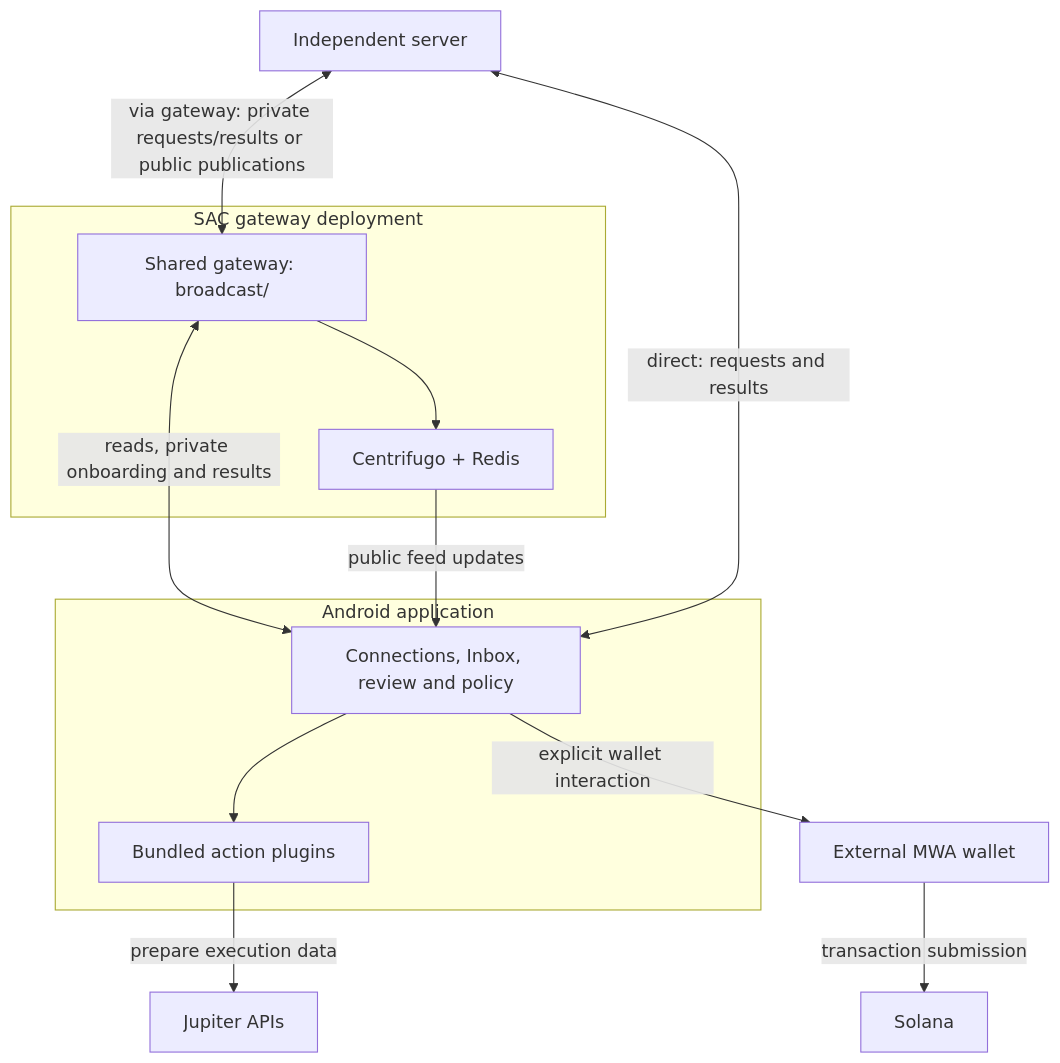
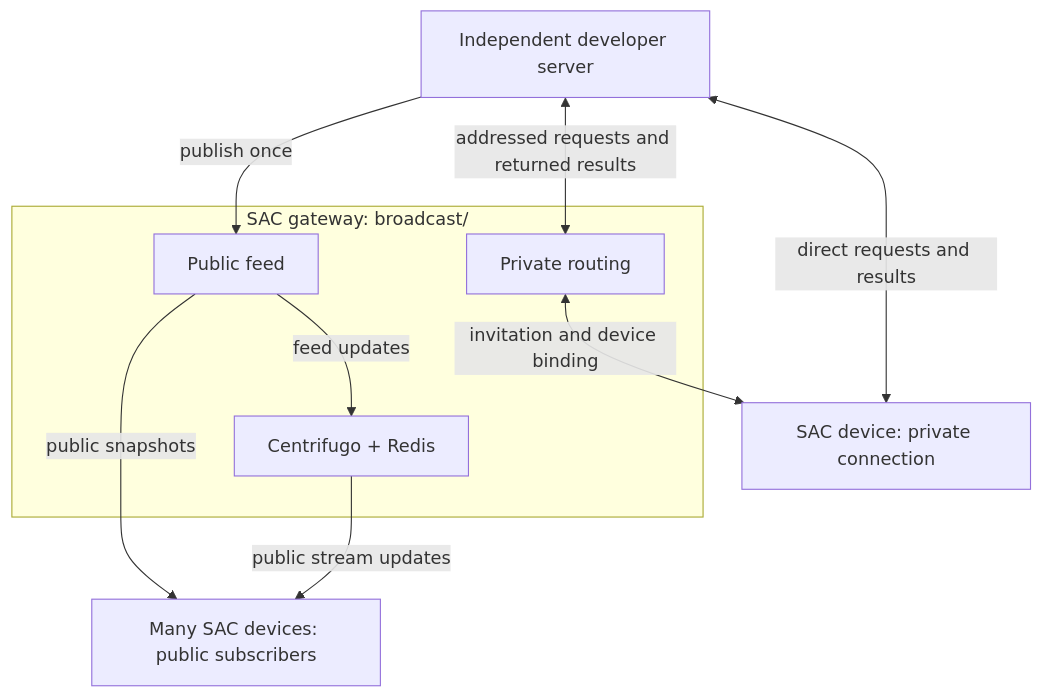
The first of 12 diagrams in docs/architecture.md (SeekerAgentConnect/sac), drawn with Mermaid before and after one commit. The commit also changed other lines of this file, not shown here.

Commit message:
docs: separate private gateway routing from public feed delivery

````diff
--- a/docs/architecture.md
+++ b/docs/architecture.md
@@ -32,21 +34,18 @@
 ```mermaid
 flowchart TB
-    Server["Independent server"]
-    subgraph infrastructure["SAC gateway deployment"]
-        Gateway["Shared gateway: broadcast/"]
+    Server["Independent developer server"]
+    subgraph infrastructure["SAC gateway: broadcast/"]
+        Private["Private routing"]
+        Feed["Public feed"]
         Delivery["Centrifugo + Redis"]
-        Gateway --> Delivery
+        Feed -->|"feed updates"| Delivery
     end
-    subgraph client["Android application"]
-        App["Connections, Inbox, review and policy"]
-        Plugin["Bundled action plugins"]
-        App --> Plugin
-    end
-    Server <-->|"via gateway: private requests/results or public publications"| Gateway
-    Gateway <-->|"reads, private onboarding and results"| App
-    Delivery -->|"public feed updates"| App
-    Server <-->|"direct: requests and results"| App
-    Plugin -->|"prepare execution data"| Provider["Jupiter APIs"]
-    App -->|"explicit wallet interaction"| Wallet["External MWA wallet"]
-    Wallet -->|"transaction submission"| Chain["Solana"]
+    Device["SAC device: private connection"]
+    Subscribers["Many SAC devices: public subscribers"]
+    Server <-->|"direct requests and results"| Device
+    Server <-->|"addressed requests and returned results"| Private
+    Private <-->|"invitation and device binding"| Device
+    Server -->|"publish once"| Feed
+    Feed -->|"public snapshots"| Subscribers
+    Delivery -->|"public stream updates"| Subscribers
 ```
````
